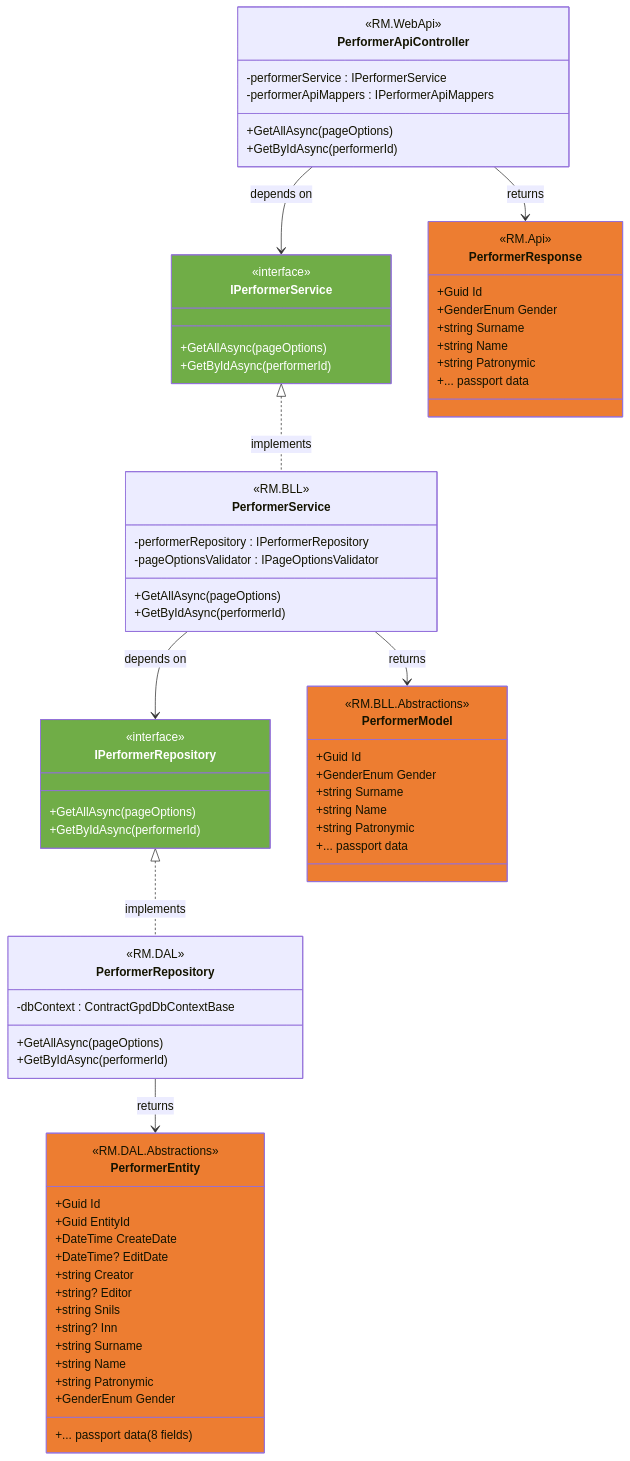
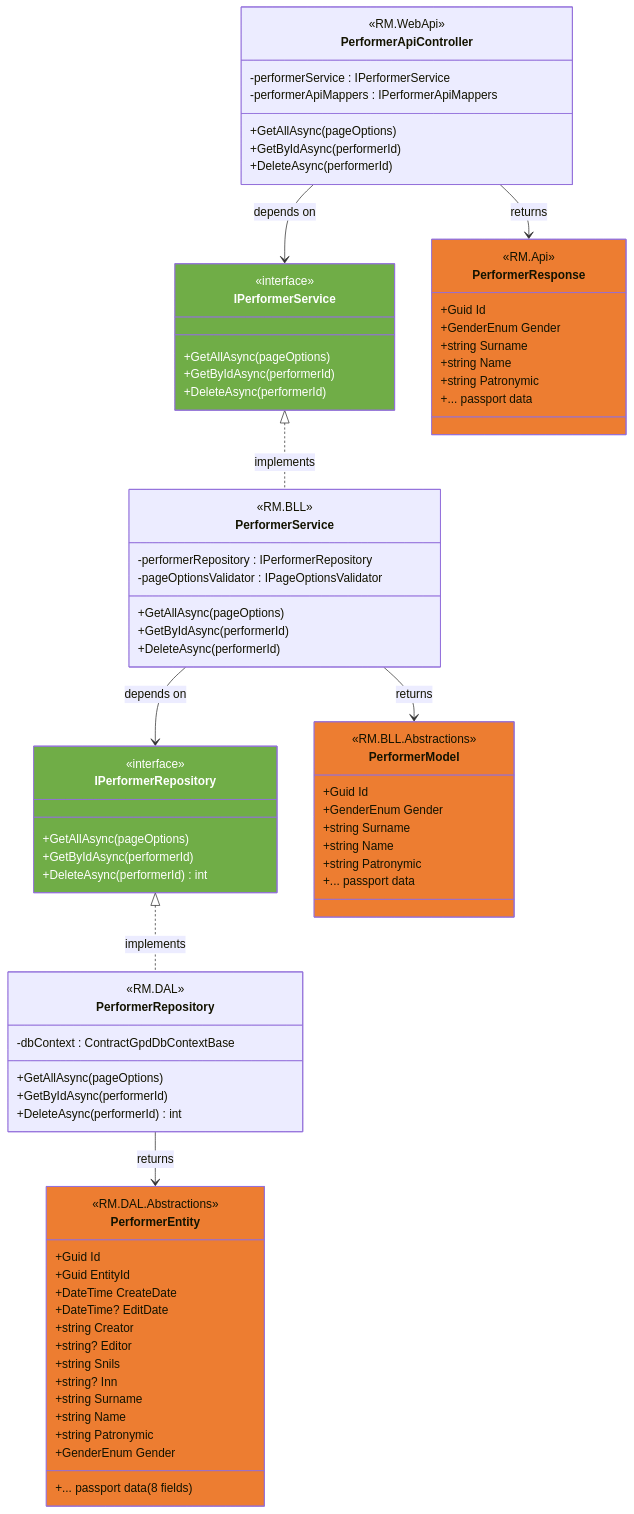
The third of 5 diagrams in README.md (AntonSukhov/RmWebApi), drawn with Mermaid before and after one commit. The commit also changed other lines of this file, not shown here.

```diff
--- a/README.md
+++ b/README.md
@@ -187,12 +149,14 @@
         <<RM.DAL.Abstractions>>
         +GetAllAsync(pageOptions)
         +GetByIdAsync(performerId)
+        +DeleteAsync(performerId) int
     }
     class PerformerRepository {
         <<RM.DAL>>
         -dbContext : ContractGpdDbContextBase
         +GetAllAsync(pageOptions)
         +GetByIdAsync(performerId)
+        +DeleteAsync(performerId) int
     }
     class PerformerEntity {
         <<RM.DAL.Abstractions>>
@@ -216,6 +180,7 @@
         <<RM.BLL.Abstractions>>
         +GetAllAsync(pageOptions)
         +GetByIdAsync(performerId)
+        +DeleteAsync(performerId)
     }
     class PerformerService {
         <<RM.BLL>>
@@ -223,6 +188,7 @@
         -pageOptionsValidator : IPageOptionsValidator
         +GetAllAsync(pageOptions)
         +GetByIdAsync(performerId)
+        +DeleteAsync(performerId)
     }
     class PerformerModel {
         <<RM.BLL.Abstractions>>
@@ -240,6 +206,7 @@
         -performerApiMappers : IPerformerApiMappers
         +GetAllAsync(pageOptions)
         +GetByIdAsync(performerId)
+        +DeleteAsync(performerId)
     }
     class PerformerResponse {
         <<RM.Api>>
```
